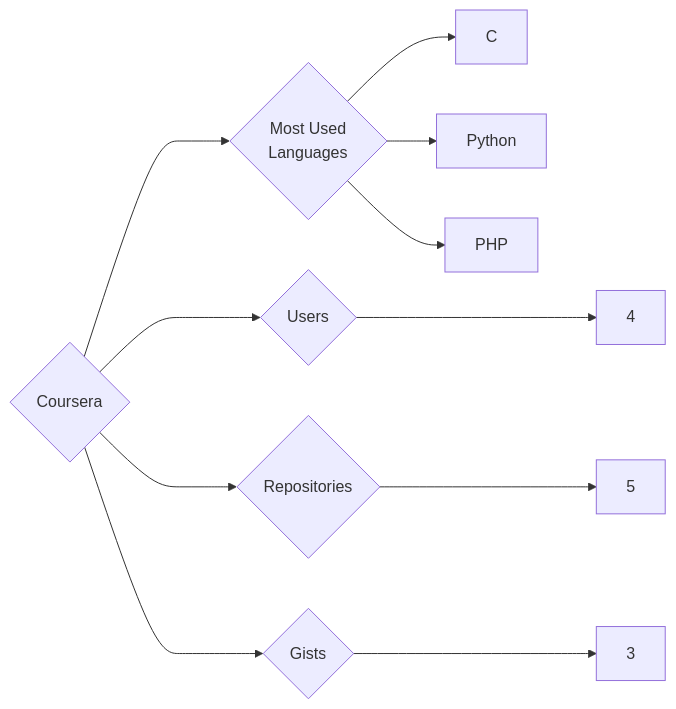
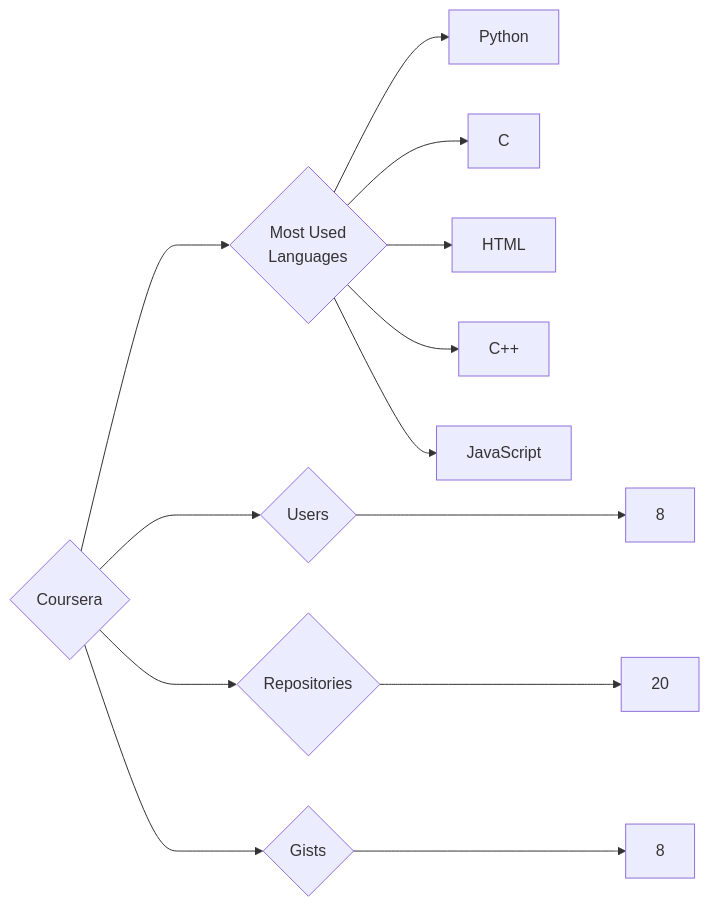
Before and after one commit to trickest/insiders: the diagram in targets/Coursera/README.md, drawn with Mermaid. The commit also changed 1149 other files, not shown here.

````diff
--- a/targets/Coursera/README.md
+++ b/targets/Coursera/README.md
@@ -3,11 +3,13 @@
 ```mermaid
 graph LR
 COMPANY_NAME{Coursera}
-COMPANY_NAME ---> U{Users} ---> UN[4]
-COMPANY_NAME ---> R{Repositories} ---> RN[5]
-COMPANY_NAME ---> G{Gists} ---> GN[3]
+COMPANY_NAME ---> U{Users} ---> UN[8]
+COMPANY_NAME ---> R{Repositories} ---> RN[20]
+COMPANY_NAME ---> G{Gists} ---> GN[8]
 COMPANY_NAME ---> ML{Most Used<br>Languages}
+ML --> Python[Python]
 ML --> C[C]
-ML --> Python[Python]
-ML --> PHP[PHP]
+ML --> HTML[HTML]
+ML --> C++[C++]
+ML --> JavaScript[JavaScript]
 ```
````
